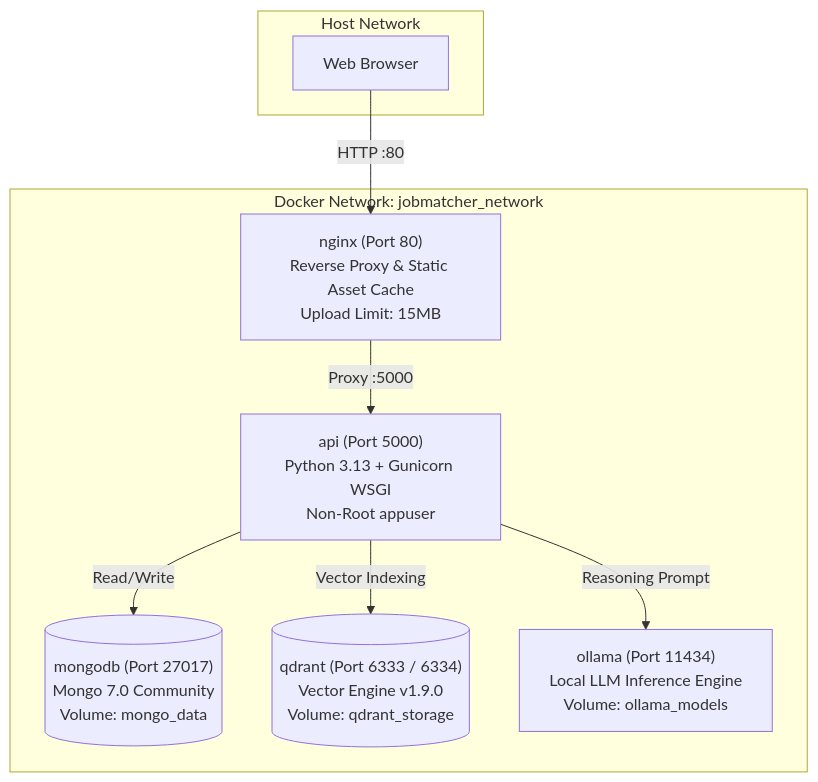
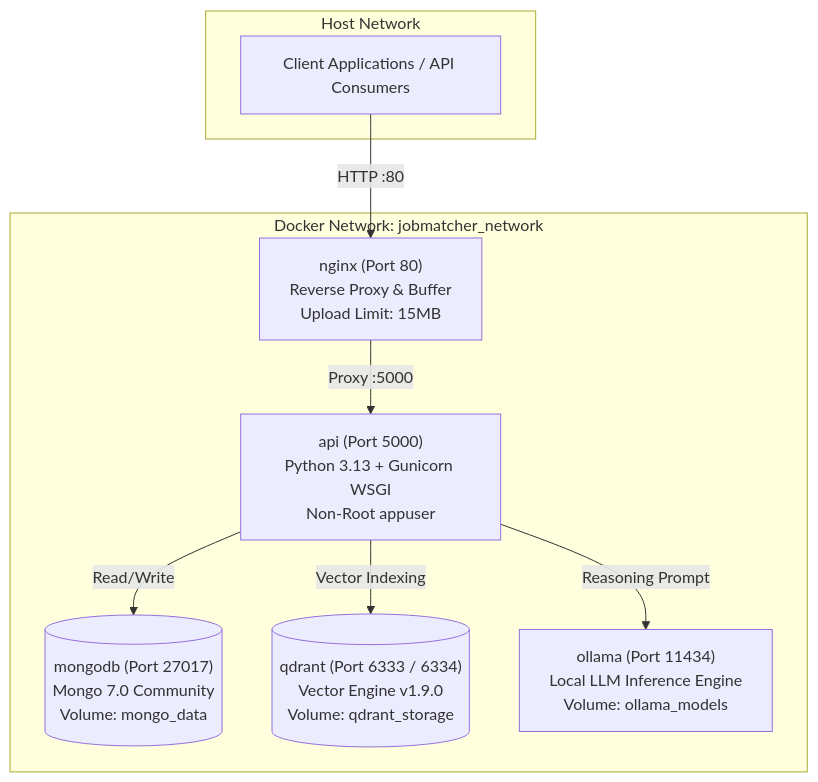
Before and after one commit to Byakuya3456/resumatch-ai: the third of 3 diagrams in ARCHITECTURE.md, drawn with Mermaid. The commit also changed 6 other files, not shown here.

````diff
--- a/ARCHITECTURE.md
+++ b/ARCHITECTURE.md
@@ -95,20 +95,20 @@
 ```mermaid
 graph TB
     subgraph Host Network
-        ClientBrowser["Web Browser"]
+        APIClient["Client Applications / API Consumers"]
     end
 
     subgraph Docker Network: jobmatcher_network
-        Nginx["nginx (Port 80)\nReverse Proxy & Static Asset Cache\nUpload Limit: 15MB"]
+        Nginx["nginx (Port 80)\nReverse Proxy & Buffer\nUpload Limit: 15MB"]
         API["api (Port 5000)\nPython 3.13 + Gunicorn WSGI\nNon-Root appuser"]
         MongoDB[("mongodb (Port 27017)\nMongo 7.0 Community\nVolume: mongo_data")]
         Qdrant[("qdrant (Port 6333 / 6334)\nVector Engine v1.9.0\nVolume: qdrant_storage")]
         Ollama["ollama (Port 11434)\nLocal LLM Inference Engine\nVolume: ollama_models"]
     end
 
-    ClientBrowser -->|HTTP :80| Nginx
+    APIClient -->|HTTP :80| Nginx
     Nginx -->|Proxy :5000| API
     API -->|Read/Write| MongoDB
     API -->|Vector Indexing| Qdrant
     API -->|Reasoning Prompt| Ollama
 ```
````
